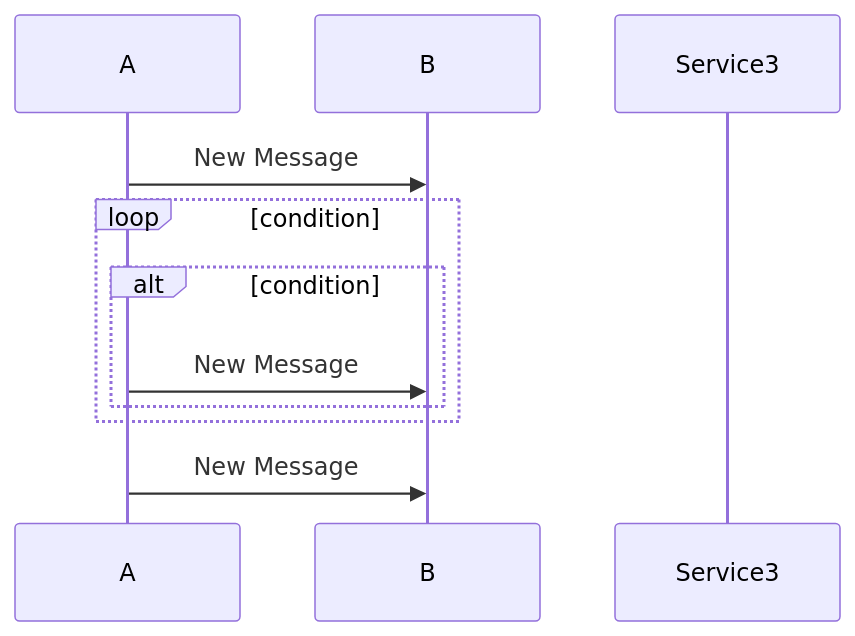
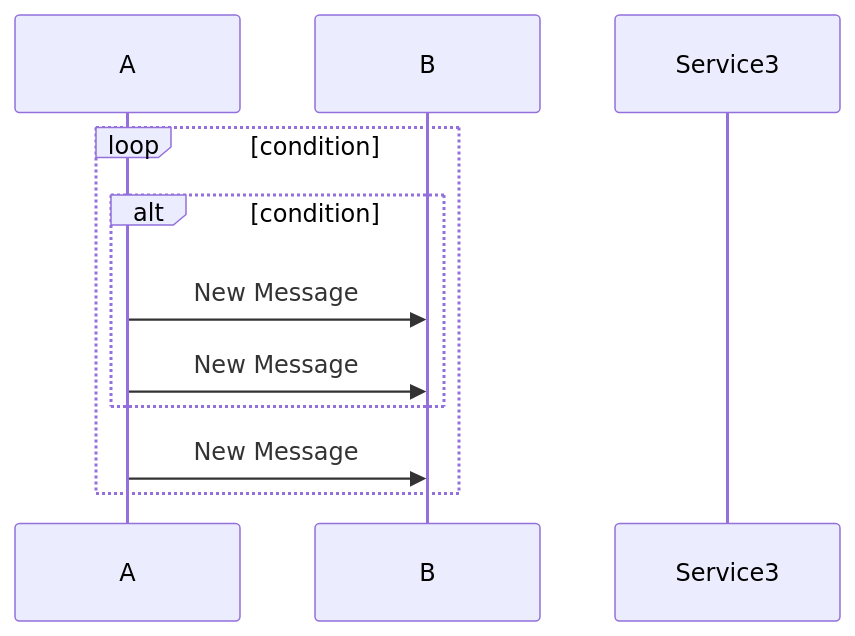
The diagram in test.md (jiangxf76052186/aimermaid), drawn with Mermaid before and after one commit. The commit also changed 25 other files, not shown here.

````diff
--- a/test.md
+++ b/test.md
@@ -3,13 +3,13 @@
 ```mermaid
 sequenceDiagram
     participant A
     participant B
     participant Service3
-    A->>B: New Message
     loop condition
         alt condition
             A->>B: New Message
+            A->>B: New Message
         end
+        A->>B: New Message
     end
-    A->>B: New Message
 ```
````
